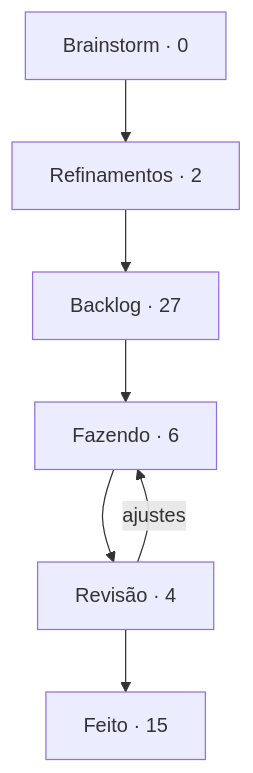
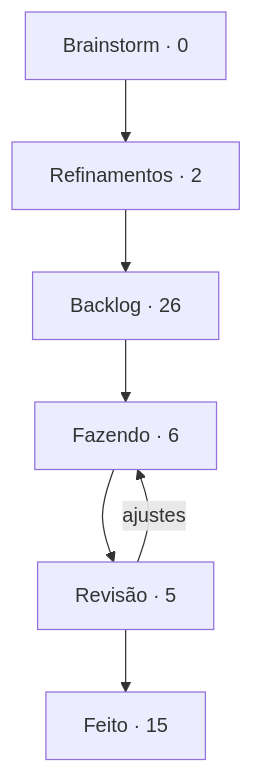
The diagram in boards/dungeon-bend/BOARD.md (StudioVibi/VibiKanban), drawn with Mermaid before and after one commit. The commit also changed other lines of this file and 1 other file, not shown here.

Commit message:
board: DB-42 Backlog → Revisão (@Leon-nis)

````diff
--- a/boards/dungeon-bend/BOARD.md
+++ b/boards/dungeon-bend/BOARD.md
@@ -5,12 +5,12 @@
 ```mermaid
 flowchart TD
   brainstorm["Brainstorm · 0"] --> refinamentos["Refinamentos · 2"]
-  refinamentos --> backlog["Backlog · 27"]
+  refinamentos --> backlog["Backlog · 26"]
   backlog --> doing["Fazendo · 6"]
-  doing --> review["Revisão · 4"]
+  doing --> review["Revisão · 5"]
   review --> done["Feito · 15"]
   review -->|ajustes| doing
   doing:::blue
   review:::yellow
   done:::green
 ```
````
